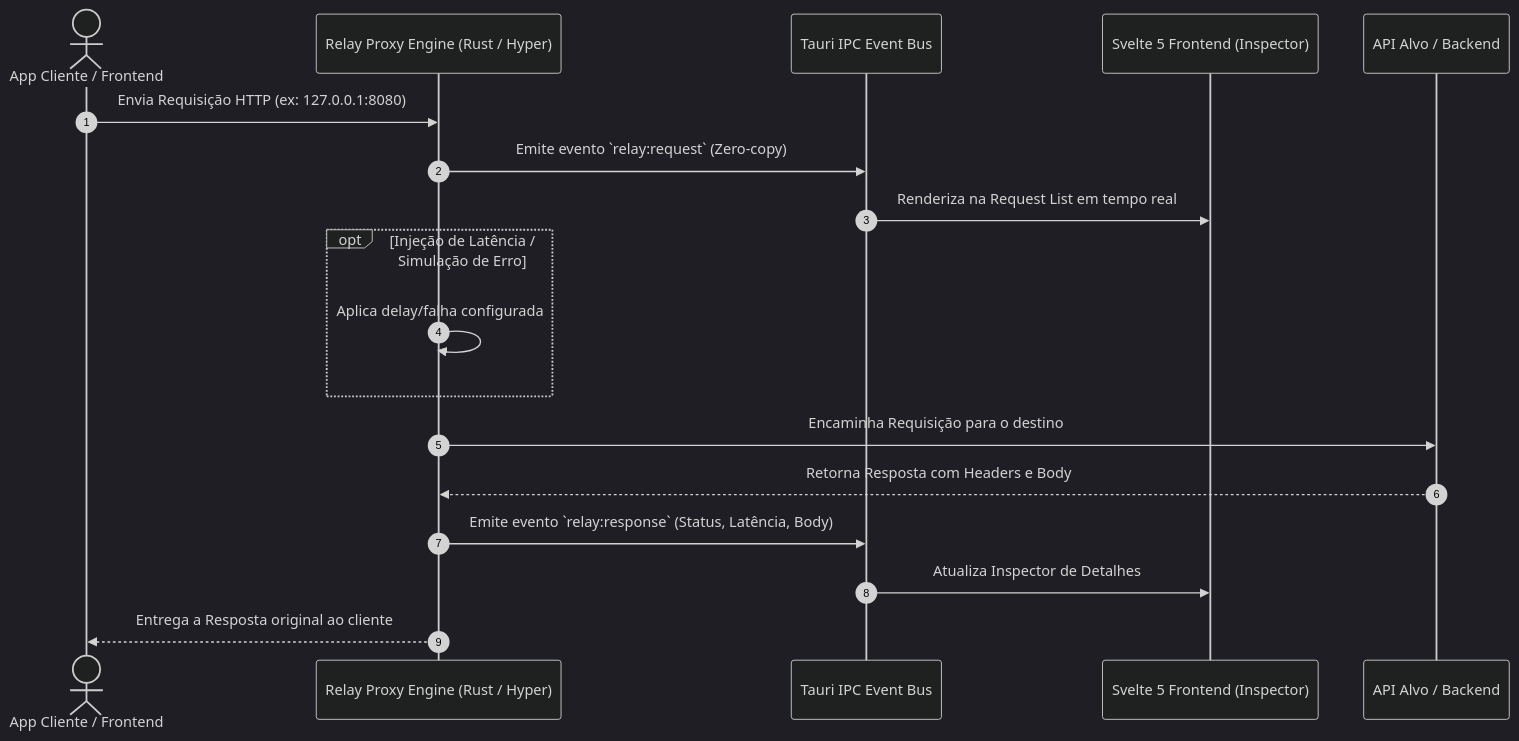
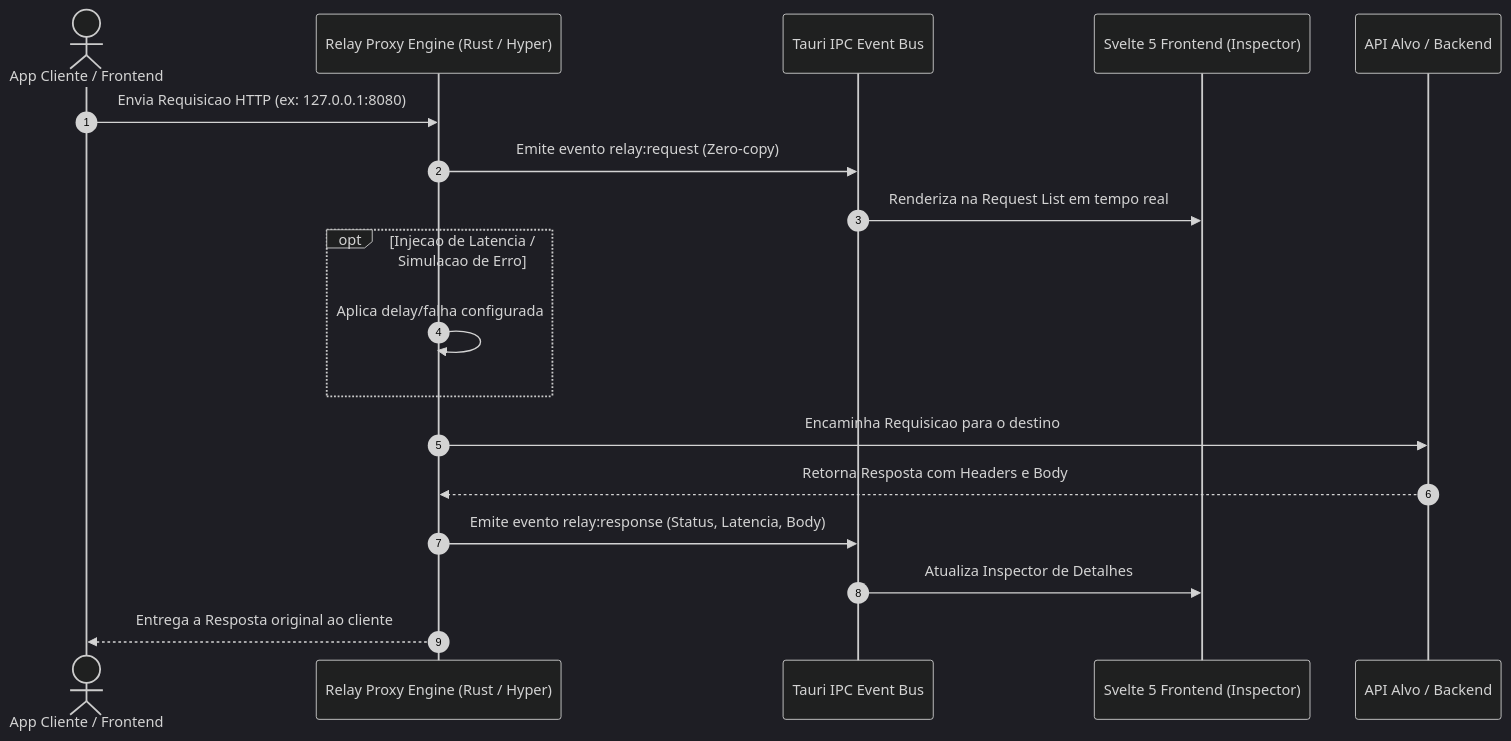
Before and after one commit to TacioMoreira25/Relay: the diagram in README.md, drawn with Mermaid (dark theme). The commit also changed other lines of this file and 22 other files, not shown here.

````diff
--- a/README.md
+++ b/README.md
@@ -31,25 +33,25 @@
 ```mermaid
 sequenceDiagram
     autonumber
     actor Dev as App Cliente / Frontend
     participant Proxy as Relay Proxy Engine (Rust / Hyper)
     participant Bus as Tauri IPC Event Bus
     participant UI as Svelte 5 Frontend (Inspector)
     participant Upstream as API Alvo / Backend
 
-    Dev->>Proxy: Envia Requisição HTTP (ex: 127.0.0.1:8080)
-    Proxy->>Bus: Emite evento `relay:request` (Zero-copy)
+    Dev->>Proxy: Envia Requisicao HTTP (ex: 127.0.0.1:8080)
+    Proxy->>Bus: Emite evento relay:request (Zero-copy)
     Bus->>UI: Renderiza na Request List em tempo real
     
-    opt Injeção de Latência / Simulação de Erro
+    opt Injecao de Latencia / Simulacao de Erro
         Proxy->>Proxy: Aplica delay/falha configurada
     end
     
-    Proxy->>Upstream: Encaminha Requisição para o destino
+    Proxy->>Upstream: Encaminha Requisicao para o destino
     Upstream-->>Proxy: Retorna Resposta com Headers e Body
     
-    Proxy->>Bus: Emite evento `relay:response` (Status, Latência, Body)
+    Proxy->>Bus: Emite evento relay:response (Status, Latencia, Body)
     Bus->>UI: Atualiza Inspector de Detalhes
     
     Proxy-->>Dev: Entrega a Resposta original ao cliente
 ```
````
